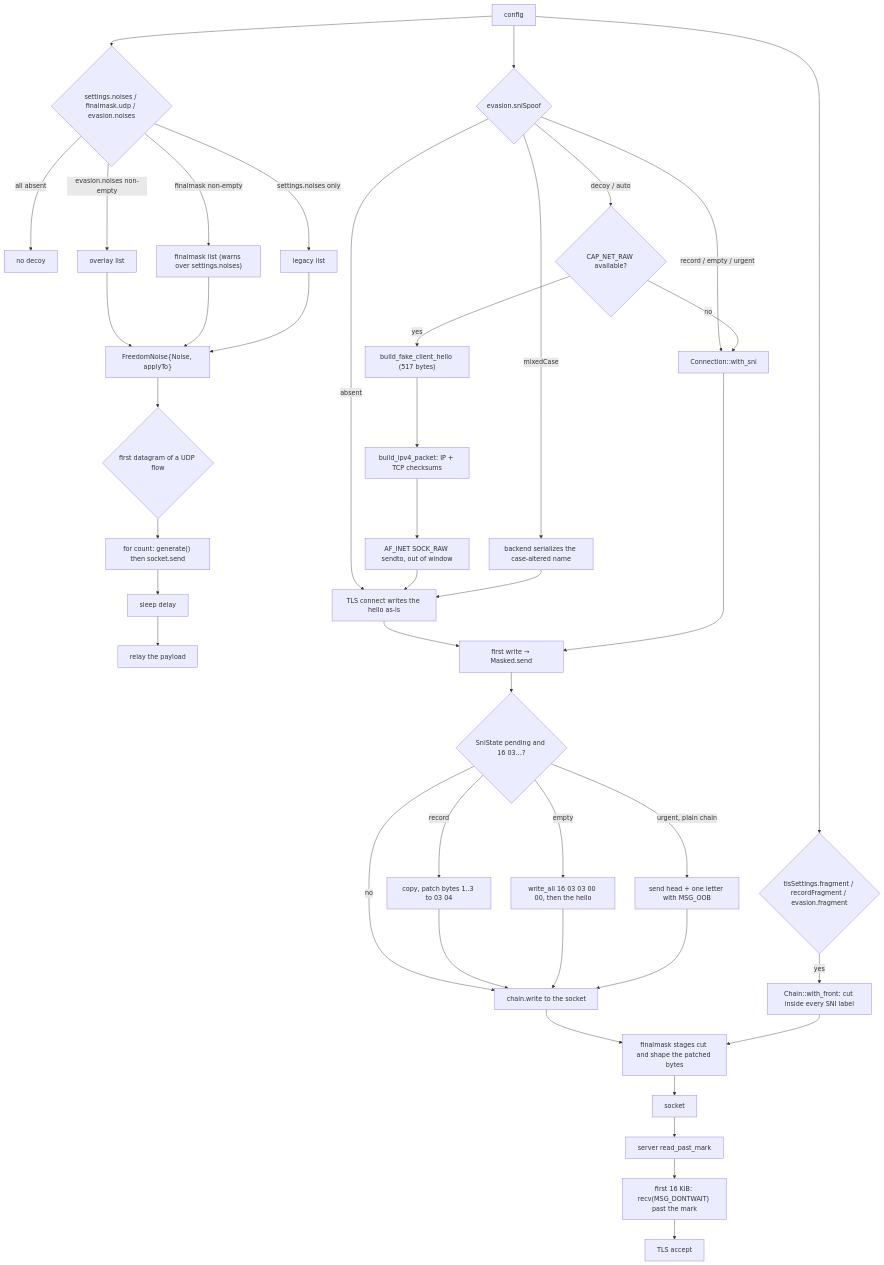
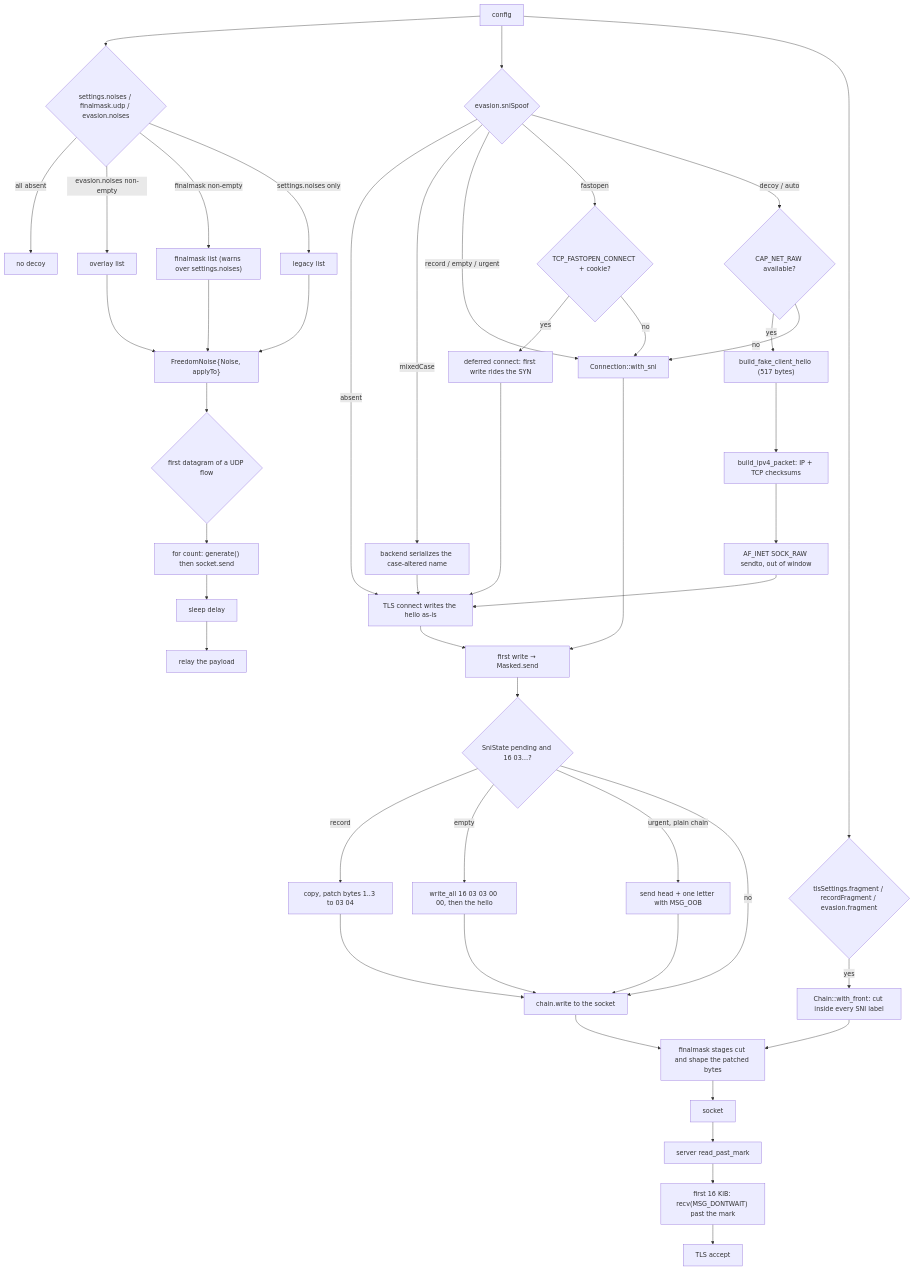
Before and after one commit to ferroxdev/ferrox: the diagram in docs/function/obfs-evasion.md, drawn with Mermaid. The commit also changed other lines of this file and 5 other files, not shown here.

Commit message:
app: put the hello in the SYN where the kernel keeps a cookie

````diff
--- a/docs/function/obfs-evasion.md
+++ b/docs/function/obfs-evasion.md
@@ -113,44 +116,48 @@
 ```mermaid
 graph TD
     C["config"] --> N{"settings.noises / finalmask.udp / evasion.noises"}
     N -- "all absent" --> Z["no decoy"]
     N -- "evasion.noises non-empty" --> L["overlay list"]
     N -- "finalmask non-empty" --> M["finalmask list (warns over settings.noises)"]
     N -- "settings.noises only" --> G["legacy list"]
     L --> P["FreedomNoise{Noise, applyTo}"]
     M --> P
     G --> P
     P --> W{"first datagram of a UDP flow"}
     W --> Q["for count: generate() then socket.send"]
     Q --> D["sleep delay"]
     D --> R["relay the payload"]
     C --> S{"evasion.sniSpoof"}
     S -- absent --> H["TLS connect writes the hello as-is"]
     S -- "mixedCase" --> MC["backend serializes the case-altered name"]
     S -- "record / empty / urgent" --> A["Connection::with_sni"]
+    S -- "fastopen" --> T{"TCP_FASTOPEN_CONNECT + cookie?"}
+    T -- yes --> TD["deferred connect: first write rides the SYN"]
+    T -- no --> A
     S -- "decoy / auto" --> I{"CAP_NET_RAW available?"}
     I -- yes --> J["build_fake_client_hello (517 bytes)"]
     J --> K["build_ipv4_packet: IP + TCP checksums"]
     K --> X["AF_INET SOCK_RAW sendto, out of window"]
     X --> H
     I -- no --> A
     MC --> H
     H --> W2["first write → Masked.send"]
+    TD --> H
     A --> W2
     W2 --> SH{"SniState pending and 16 03…?"}
     SH -- record --> RV["copy, patch bytes 1..3 to 03 04"]
     SH -- empty --> ER["write_all 16 03 03 00 00, then the hello"]
     SH -- "urgent, plain chain" --> UO["send head + one letter with MSG_OOB"]
     SH -- no --> PL["chain.write to the socket"]
     RV --> PL
     ER --> PL
     UO --> PL
     PL --> FX["finalmask stages cut and shape the patched bytes"]
     C --> F{"tlsSettings.fragment / recordFragment / evasion.fragment"}
     F -- yes --> FR["Chain::with_front: cut inside every SNI label"]
     FR --> FX
     FX --> socket["socket"]
     socket --> SV["server read_past_mark"]
     SV --> DR["first 16 KiB: recv(MSG_DONTWAIT) past the mark"]
     DR --> TL["TLS accept"]
 ```
````
